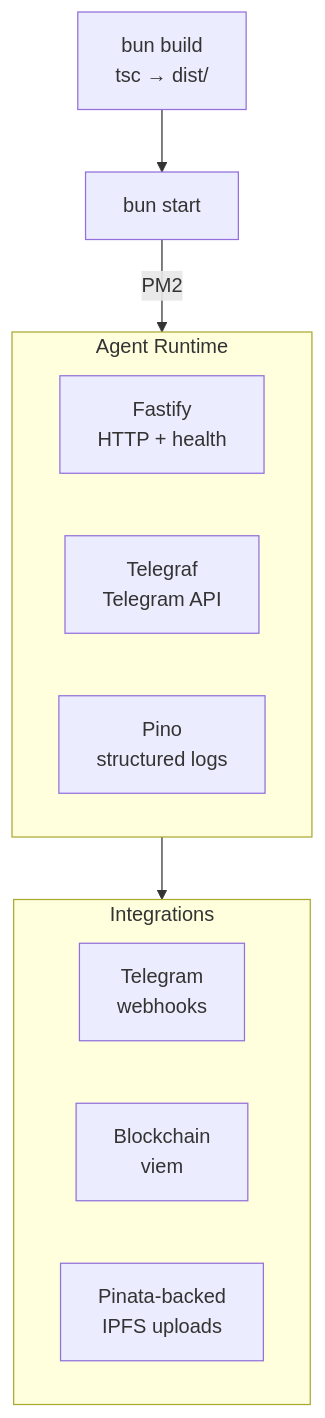
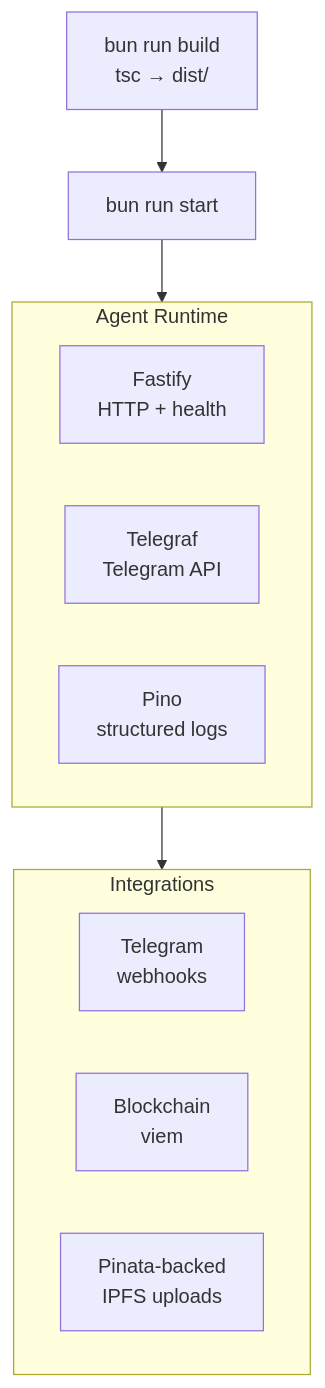
Before and after one commit to greenpill-dev-guild/green-goods: the diagram in docs/docs/builders/deployments/agent-deploy.mdx, drawn with Mermaid. The commit also changed other lines of this file and 18 other files, not shown here.

````diff
--- a/docs/docs/builders/deployments/agent-deploy.mdx
+++ b/docs/docs/builders/deployments/agent-deploy.mdx
@@ -22,20 +27,20 @@
 ```mermaid
 graph TB
-    Build["bun build\ntsc → dist/"] --> Start["bun start"]
+    Build["bun run build\ntsc → dist/"] --> Start["bun run start"]
 
     subgraph Runtime["Agent Runtime"]
         Fastify["Fastify\nHTTP + health"]
         Telegraf["Telegraf\nTelegram API"]
         Pino["Pino\nstructured logs"]
     end
 
-    Start -->|PM2| Runtime
+    Start --> Runtime
 
     subgraph Integrations
         TG["Telegram\nwebhooks"]
         Chain["Blockchain\nviem"]
         IPFS["Pinata-backed\nIPFS uploads"]
     end
 
     Runtime --> Integrations
 ```
````
